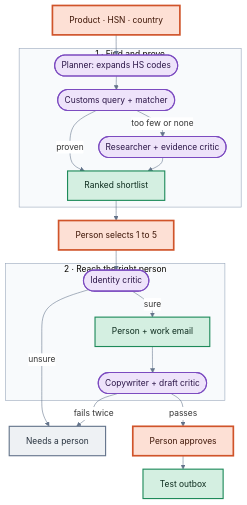
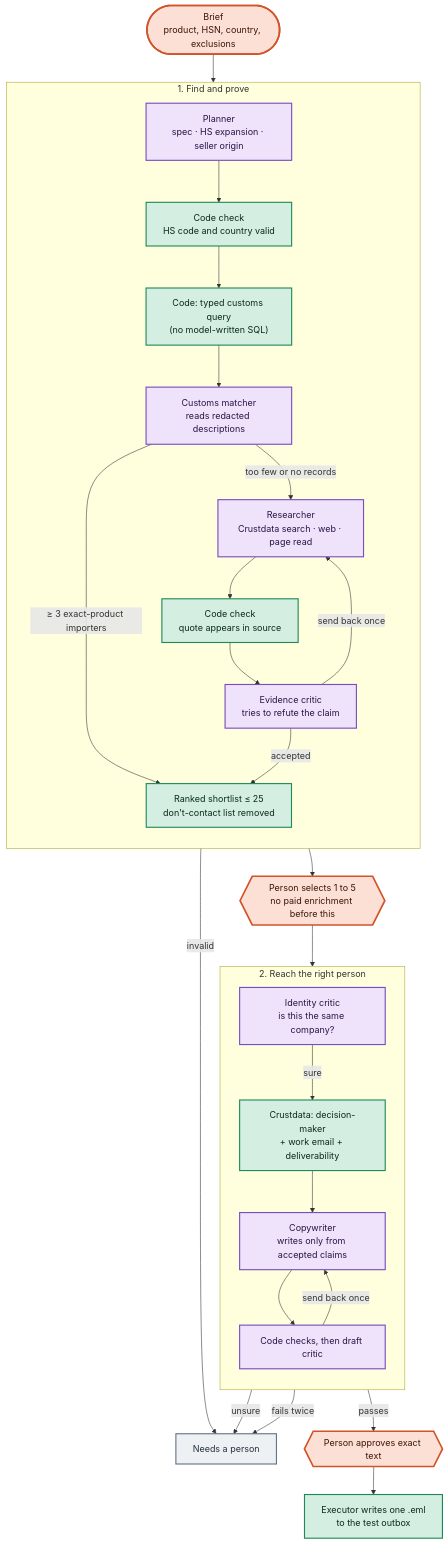
One commit to DityaSen29/tradescout changed the second of 4 diagrams in README.md. Above: the diagram before and after it, drawn with Mermaid. The commit also changed other lines of this file, not shown here.

First line of the commit message:
Restructure README and redraw architecture diagrams

````diff
--- a/README.md
+++ b/README.md
@@ -363,32 +149,49 @@
 ```mermaid
-%%{init: {"theme":"base","themeVariables":{"fontSize":"15px","lineColor":"#64748b","clusterBkg":"#f8fafc","clusterBorder":"#94a3b8","edgeLabelBackground":"#ffffff"},"flowchart":{"nodeSpacing":34,"rankSpacing":24,"curve":"basis","wrappingWidth":260}}}%%
 flowchart TB
-  IN["Product · HSN · country"]:::human
-  subgraph FIND["1 · Find and prove"]
-    PL(["Planner: expands HS codes"]):::agent
-    MA(["Customs query + matcher"]):::agent
-    RE(["Researcher + evidence critic"]):::agent
-    SL["Ranked shortlist"]:::code
+  IN(["Brief<br/>product, HSN, country, exclusions"]):::human
+
+  subgraph FIND["1. Find and prove"]
+    direction TB
+    PL["Planner<br/>spec · HS expansion · seller origin"]:::agent
+    HSV["Code check<br/>HS code and country valid"]:::code
+    CQ["Code: typed customs query<br/>(no model-written SQL)"]:::code
+    MA["Customs matcher<br/>reads redacted descriptions"]:::agent
+    RE["Researcher<br/>Crustdata search · web · page read"]:::agent
+    QC["Code check<br/>quote appears in source"]:::code
+    EC["Evidence critic<br/>tries to refute the claim"]:::agent
+    SL["Ranked shortlist ≤ 25<br/>don't-contact list removed"]:::code
   end
-  PICK["Person selects 1 to 5"]:::human
-  subgraph REACH["2 · Reach the right person"]
-    IC(["Identity critic"]):::agent
-    EN["Person + work email"]:::code
-    CW(["Copywriter + draft critic"]):::agent
+
+  PICK{{"Person selects 1 to 5<br/>no paid enrichment before this"}}:::human
+
+  subgraph REACH["2. Reach the right person"]
+    direction TB
+    IC["Identity critic<br/>is this the same company?"]:::agent
+    EN["Crustdata: decision-maker<br/>+ work email + deliverability"]:::code
+    CW["Copywriter<br/>writes only from accepted claims"]:::agent
+    DC["Code checks, then draft critic"]:::agent
   end
+
   NP["Needs a person"]:::stop
-  OK["Person approves"]:::human
-  OB["Test outbox"]:::code
-  IN --> PL --> MA
-  MA -->|proven| SL
-  MA -->|too few or none| RE --> SL
+  OK{{"Person approves exact text"}}:::human
+  OB["Executor writes one .eml<br/>to the test outbox"]:::code
+
+  IN --> PL --> HSV
+  HSV -->|invalid| NP
+  HSV --> CQ --> MA
+  MA -->|"≥ 3 exact-product importers"| SL
+  MA -->|"too few or no records"| RE --> QC --> EC
+  EC -->|"send back once"| RE
+  EC -->|accepted| SL
   SL --> PICK --> IC
-  IC -->|sure| EN --> CW
+  IC -->|sure| EN --> CW --> DC
   IC -->|unsure| NP
-  CW -->|fails twice| NP
-  CW -->|passes| OK --> OB
+  DC -->|"fails twice"| NP
+  DC -->|"send back once"| CW
+  DC -->|passes| OK --> OB
+
   classDef agent fill:#eee3fa,stroke:#7c4bc0,stroke-width:2px,color:#2a1446
   classDef code fill:#d4efe1,stroke:#1e8a5a,stroke-width:2px,color:#0b2a1c
   classDef human fill:#fde0d5,stroke:#d0542a,stroke-width:3px,color:#3d1405
   classDef stop fill:#eef1f4,stroke:#64748b,stroke-width:2px,color:#26313d
 ```
````
